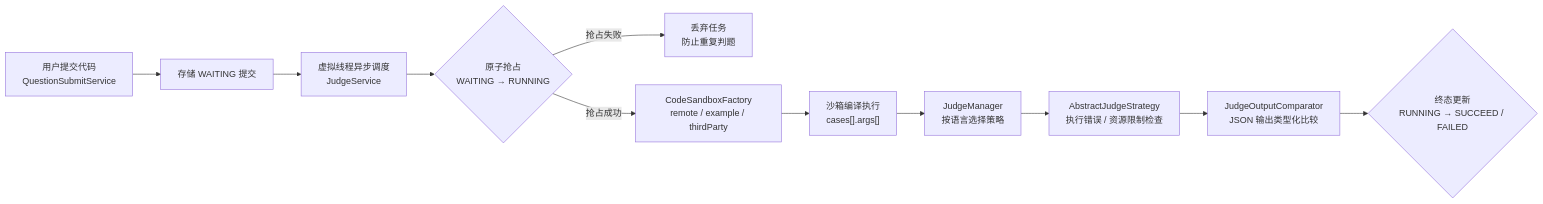
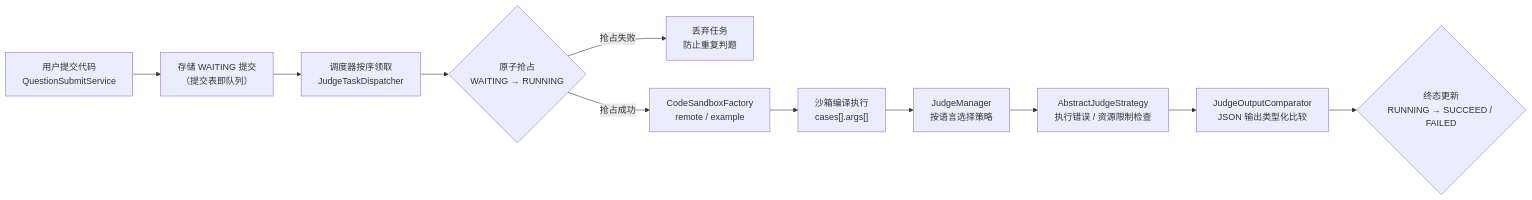
The diagram in README.md (Huangjl-cn/my-oj-backend), drawn with Mermaid before and after one commit. The commit also changed other lines of this file and 14 other files, not shown here.

````diff
--- a/README.md
+++ b/README.md
@@ -22,13 +22,13 @@
 ```mermaid
 flowchart LR
-    A["用户提交代码<br/>QuestionSubmitService"] --> B["存储 WAITING 提交"]
-    B --> C["虚拟线程异步调度<br/>JudgeService"]
+    A["用户提交代码<br/>QuestionSubmitService"] --> B["存储 WAITING 提交<br/>（提交表即队列）"]
+    B --> C["调度器按序领取<br/>JudgeTaskDispatcher"]
     C --> D{"原子抢占<br/>WAITING → RUNNING"}
     D -- "抢占失败" --> X["丢弃任务<br/>防止重复判题"]
-    D -- "抢占成功" --> E["CodeSandboxFactory<br/>remote / example / thirdParty"]
+    D -- "抢占成功" --> E["CodeSandboxFactory<br/>remote / example"]
     E --> F["沙箱编译执行<br/>cases[].args[]"]
     F --> G["JudgeManager<br/>按语言选择策略"]
     G --> H["AbstractJudgeStrategy<br/>执行错误 / 资源限制检查"]
     H --> I["JudgeOutputComparator<br/>JSON 输出类型化比较"]
     I --> J{"终态更新<br/>RUNNING → SUCCEED / FAILED"}
 ```
````
